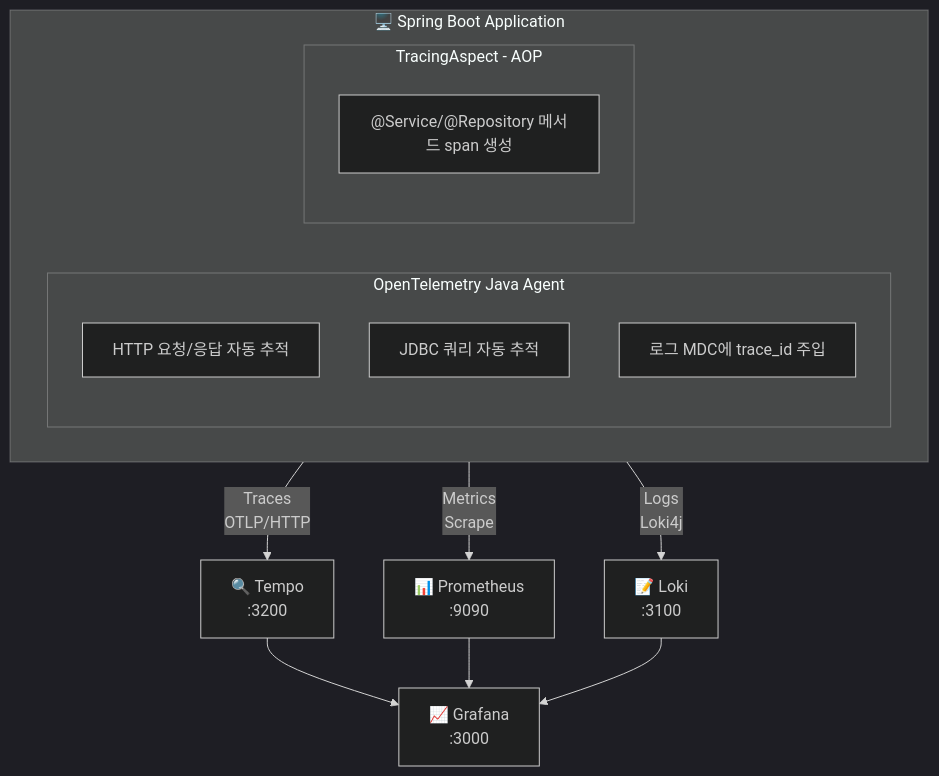
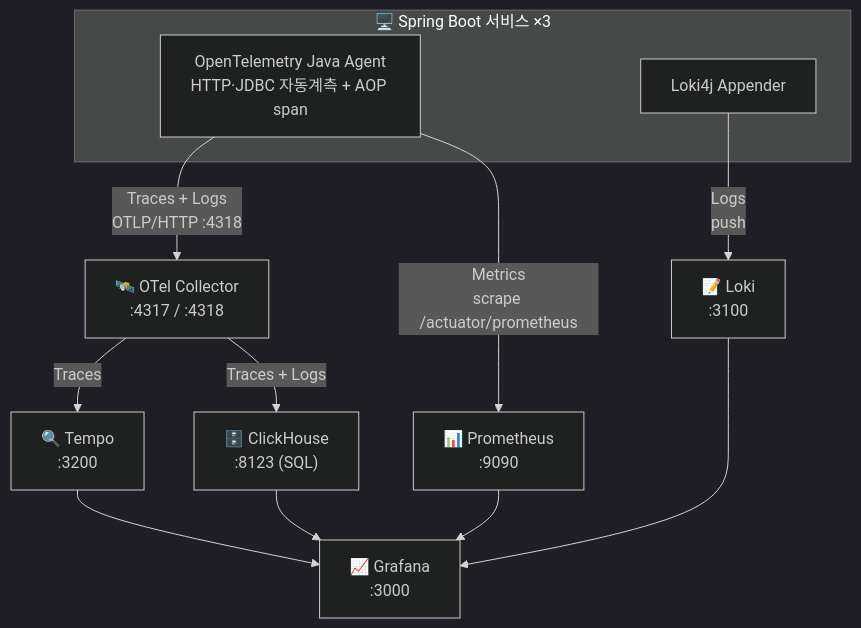
One commit to wisehero/spring-boot-LGTM changed the diagram in README.md. Above: the diagram before and after it, drawn with Mermaid (dark theme). The commit also changed other lines of this file and 5 other files, not shown here.

First line of the commit message:
feat(observability): ClickHouse 병렬 백엔드 추가 (OTel Collector fan-out)

````diff
--- a/README.md
+++ b/README.md
@@ -46,27 +52,19 @@
 ```mermaid
 flowchart TB
-    subgraph APP["🖥️ Spring Boot Application"]
-        subgraph AGENT["OpenTelemetry Java Agent"]
-            A1["HTTP 요청/응답 자동 추적"]
-            A2["JDBC 쿼리 자동 추적"]
-            A3["로그 MDC에 trace_id 주입"]
-        end
-        subgraph AOP["TracingAspect - AOP"]
-            B1["@Service/@Repository 메서드 span 생성"]
-        end
+    subgraph APP["🖥️ Spring Boot 서비스 ×3"]
+        AGENT["OpenTelemetry Java Agent<br/>HTTP·JDBC 자동계측 + AOP span"]
+        LOKI4J["Loki4j Appender"]
     end
 
-    APP -->|"Traces<br/>OTLP/HTTP"| TEMPO
-    APP -->|"Metrics<br/>Scrape"| PROM
-    APP -->|"Logs<br/>Loki4j"| LOKI
+    AGENT -->|"Traces + Logs<br/>OTLP/HTTP :4318"| COL["🛰️ OTel Collector<br/>:4317 / :4318"]
+    AGENT -->|"Metrics<br/>scrape /actuator/prometheus"| PROM["📊 Prometheus<br/>:9090"]
+    LOKI4J -->|"Logs<br/>push"| LOKI["📝 Loki<br/>:3100"]
 
-    TEMPO["🔍 Tempo<br/>:3200"]
-    PROM["📊 Prometheus<br/>:9090"]
-    LOKI["📝 Loki<br/>:3100"]
+    COL -->|"Traces"| TEMPO["🔍 Tempo<br/>:3200"]
+    COL -->|"Traces + Logs"| CH["🗄️ ClickHouse<br/>:8123 (SQL)"]
 
-    TEMPO --> GRAFANA
+    TEMPO --> GRAFANA["📈 Grafana<br/>:3000"]
     PROM --> GRAFANA
     LOKI --> GRAFANA
-
-    GRAFANA["📈 Grafana<br/>:3000"]
+    CH --> GRAFANA
 ```
````
